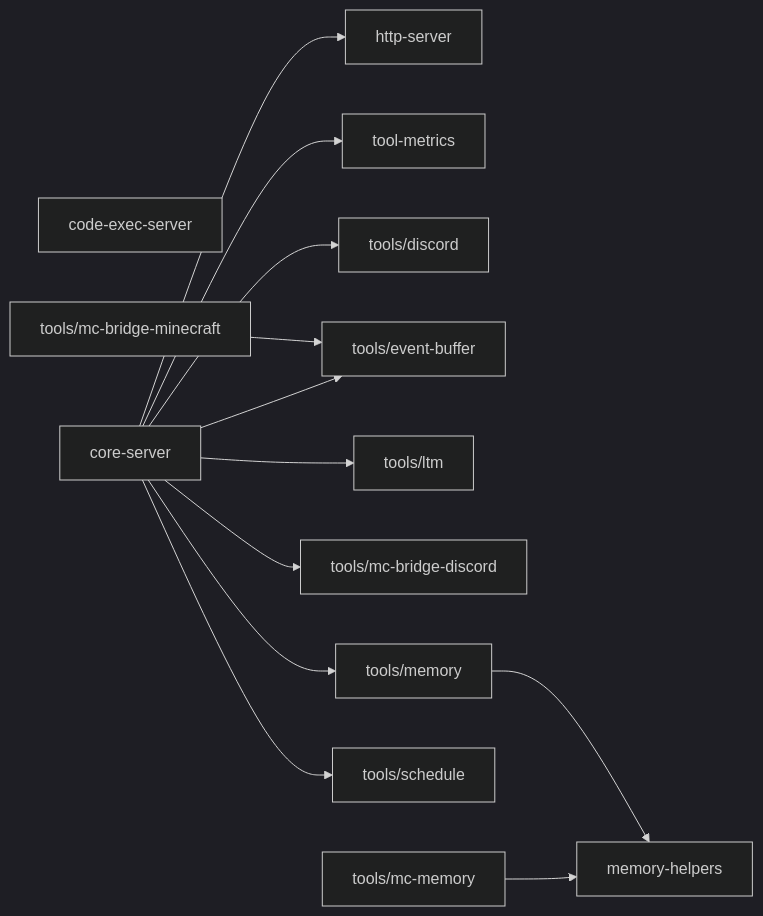
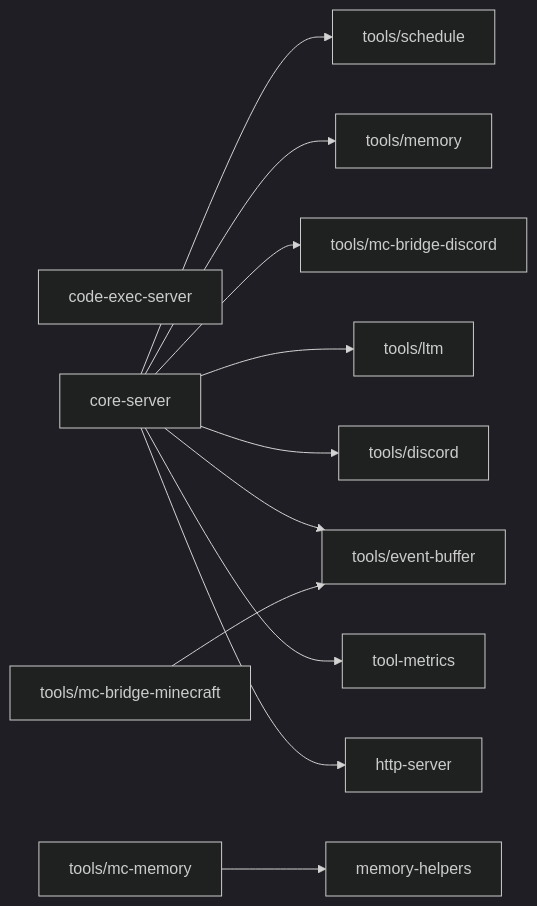
One commit to OJII3/vicissitude changed the diagram in packages/mcp/DEPS.md. Above: the diagram before and after it, drawn with Mermaid (dark theme). The commit also changed other lines of this file and 15 other files, not shown here.

````diff
--- a/packages/mcp/DEPS.md
+++ b/packages/mcp/DEPS.md
@@ -7,23 +7,23 @@
 ```mermaid
 graph LR
   code_exec_server["code-exec-server"]
   core_server["core-server"] --> http_server["http-server"]
   core_server["core-server"] --> tool_metrics["tool-metrics"]
   core_server["core-server"] --> tools_discord["tools/discord"]
   core_server["core-server"] --> tools_event_buffer["tools/event-buffer"]
   core_server["core-server"] --> tools_ltm["tools/ltm"]
   core_server["core-server"] --> tools_mc_bridge_discord["tools/mc-bridge-discord"]
   core_server["core-server"] --> tools_memory["tools/memory"]
   core_server["core-server"] --> tools_schedule["tools/schedule"]
   http_server["http-server"]
   memory_helpers["memory-helpers"]
   tool_metrics["tool-metrics"]
   tools_discord["tools/discord"]
   tools_event_buffer["tools/event-buffer"]
   tools_ltm["tools/ltm"]
   tools_mc_bridge_discord["tools/mc-bridge-discord"]
   tools_mc_bridge_minecraft["tools/mc-bridge-minecraft"] --> tools_event_buffer["tools/event-buffer"]
   tools_mc_memory["tools/mc-memory"] --> memory_helpers["memory-helpers"]
-  tools_memory["tools/memory"] --> memory_helpers["memory-helpers"]
+  tools_memory["tools/memory"]
   tools_schedule["tools/schedule"]
 ```
````
